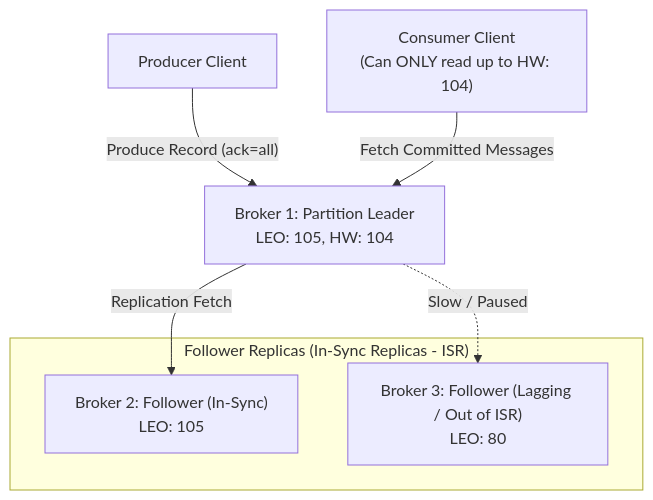
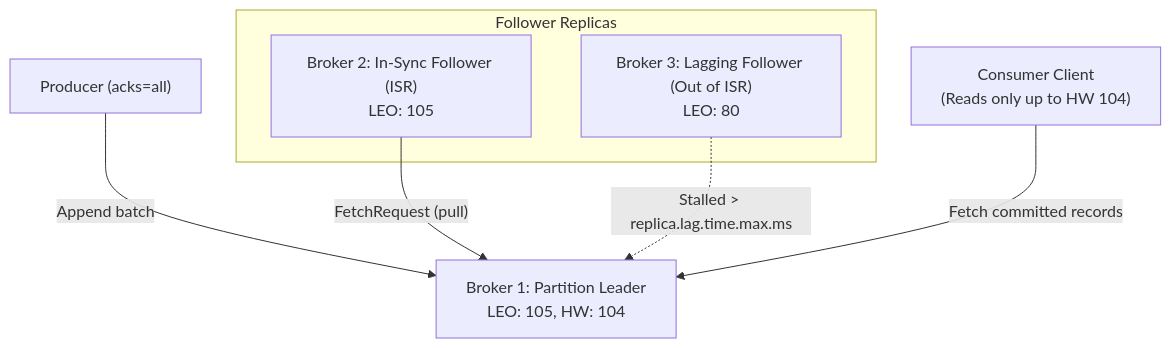
Before and after one commit to ravishankar2463/java_hub: the fourth of 4 diagrams in content/roadmap/level-10/apache-kafka-internals.md, drawn with Mermaid. The commit also changed other lines of this file and 119 other files, not shown here.

Commit message:
feat: add comprehensive java learning roadmap content across multiple levels

````diff
--- a/content/roadmap/level-10/apache-kafka-internals.md
+++ b/content/roadmap/level-10/apache-kafka-internals.md
@@ -157,14 +267,13 @@
 ```mermaid
 flowchart TD
-    Producer["Producer Client"] -->|"Produce Record (ack=all)"| Leader["Broker 1: Partition Leader<br/>LEO: 105, HW: 104"]
+    Producer["Producer (acks=all)"] -->|"Append batch"| Leader["Broker 1: Partition Leader<br/>LEO: 105, HW: 104"]
 
-    subgraph Followers["Follower Replicas (In-Sync Replicas - ISR)"]
-        F1["Broker 2: Follower (In-Sync)<br/>LEO: 105"]
-        F2["Broker 3: Follower (Lagging / Out of ISR)<br/>LEO: 80"]
+    subgraph Replicas["Follower Replicas"]
+        F1["Broker 2: In-Sync Follower (ISR)<br/>LEO: 105"]
+        F2["Broker 3: Lagging Follower (Out of ISR)<br/>LEO: 80"]
     end
 
-    Leader -->|"Replication Fetch"| F1
-    Leader -.->|"Slow / Paused"| F2
-
-    Consumer["Consumer Client<br/>(Can ONLY read up to HW: 104)"] -->|"Fetch Committed Messages"| Leader
+    F1 -->|"FetchRequest (pull)"| Leader
+    F2 -.->|"Stalled > replica.lag.time.max.ms"| Leader
+    Consumer["Consumer Client<br/>(Reads only up to HW 104)"] -->|"Fetch committed records"| Leader
 ```
````
